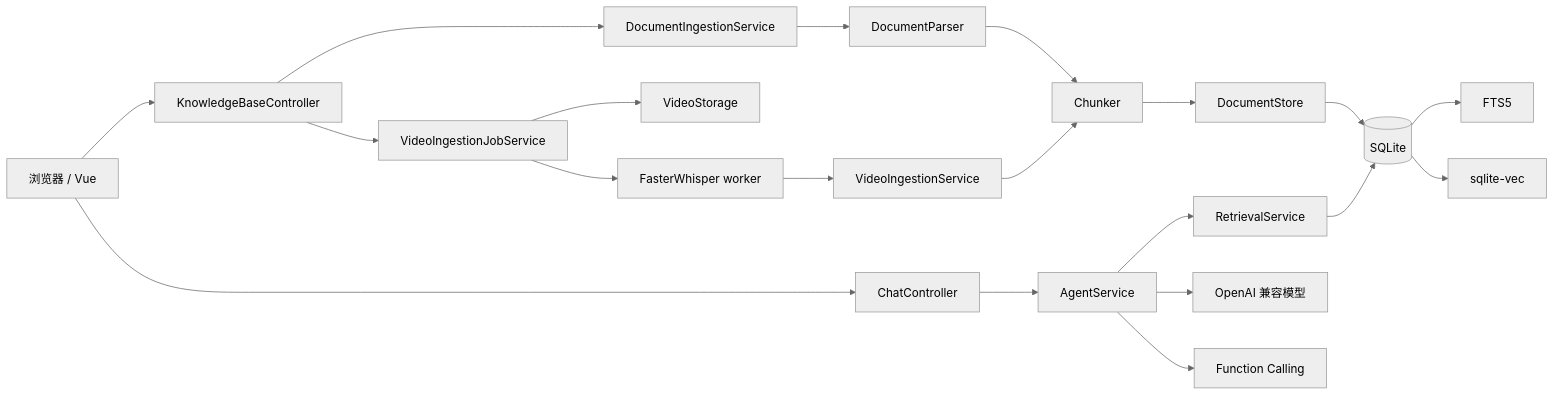
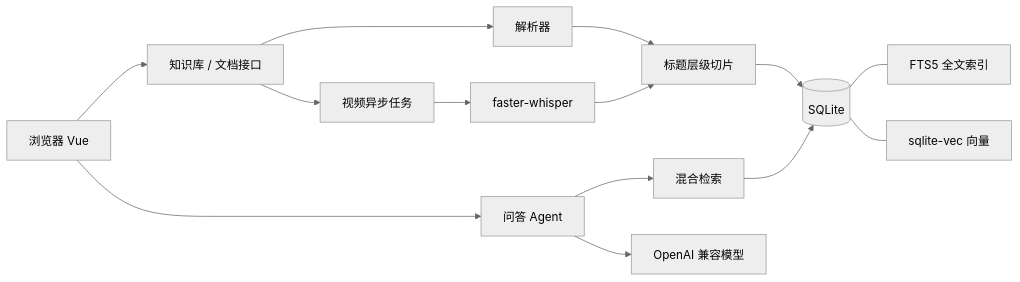
One commit to YeYirp/docinsight-agent changed the diagram in README.md. Above: the diagram before and after it, drawn with Mermaid (neutral theme). The commit also changed other lines of this file and 1 other file, not shown here.

````diff
--- a/README.md
+++ b/README.md
@@ -31,26 +50,10 @@
 ```mermaid
 flowchart LR
-    UI[浏览器 / Vue] --> KC[KnowledgeBaseController]
-    UI --> CC[ChatController]
-
-    KC --> DI[DocumentIngestionService]
-    DI --> DP[DocumentParser]
-    DP --> CH[Chunker]
-    CH --> DS[DocumentStore]
-
-    KC --> VJ[VideoIngestionJobService]
-    VJ --> VS[VideoStorage]
-    VJ --> FW[FasterWhisper worker]
-    FW --> VI[VideoIngestionService]
-    VI --> CH
-
-    DS --> DB[(SQLite)]
-    DB --> FTS[FTS5]
-    DB --> VEC[sqlite-vec]
-
-    CC --> AS[AgentService]
-    AS --> RS[RetrievalService]
-    RS --> DB
-    AS --> LLM[OpenAI 兼容模型]
-    AS --> TOOLS[Function Calling]
+    UI[浏览器 Vue] --> KB[知识库 / 文档接口]
+    KB --> P[解析器] --> C[标题层级切片] --> S[(SQLite)]
+    KB --> V[视频异步任务] --> W[faster-whisper] --> C
+    S --- F[FTS5 全文索引]
+    S --- X[sqlite-vec 向量]
+    UI --> A[问答 Agent] --> R[混合检索] --> S
+    A --> L[OpenAI 兼容模型]
 ```
````
